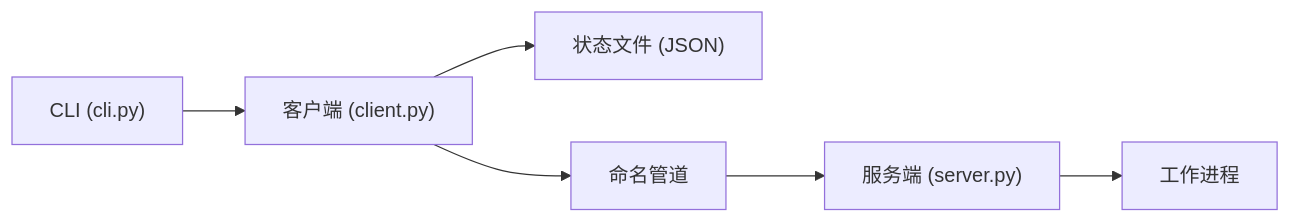
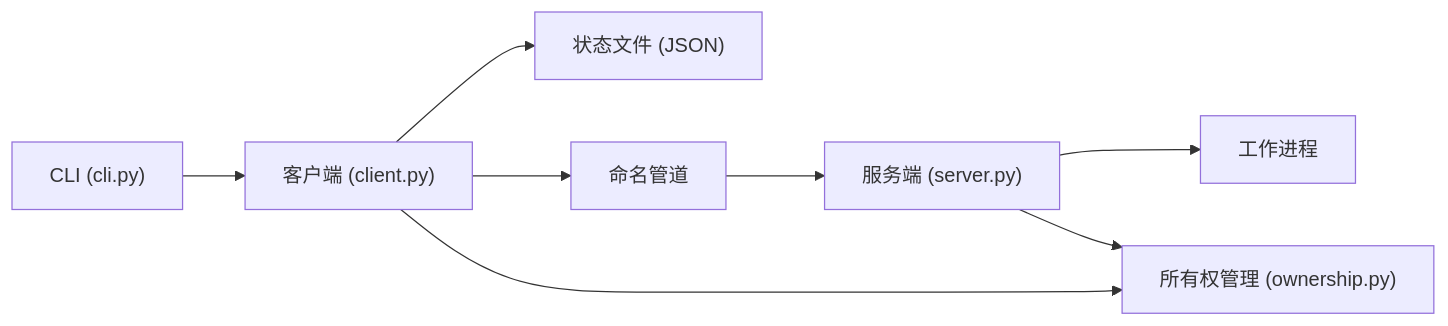
One commit to haolange/RDC-Tool changed the seventh of 7 diagrams in .qoder/repowiki/zh/content/CLI参考手册/守护进程管理命令.md. Above: the diagram before and after it, drawn with Mermaid. The commit also changed other lines of this file and 67 other files, not shown here.

````diff
--- a/.qoder/repowiki/zh/content/CLI参考手册/守护进程管理命令.md
+++ b/.qoder/repowiki/zh/content/CLI参考手册/守护进程管理命令.md
@@ -275,8 +333,10 @@
 ```mermaid
 graph LR
 CLI["CLI (cli.py)"] --> CL["客户端 (client.py)"]
 CL --> FS["状态文件 (JSON)"]
 CL --> NP["命名管道"]
 NP --> SV["服务端 (server.py)"]
 SV --> WP["工作进程"]
+CL --> OM["所有权管理 (ownership.py)"]
+SV --> OM
 ```
````
